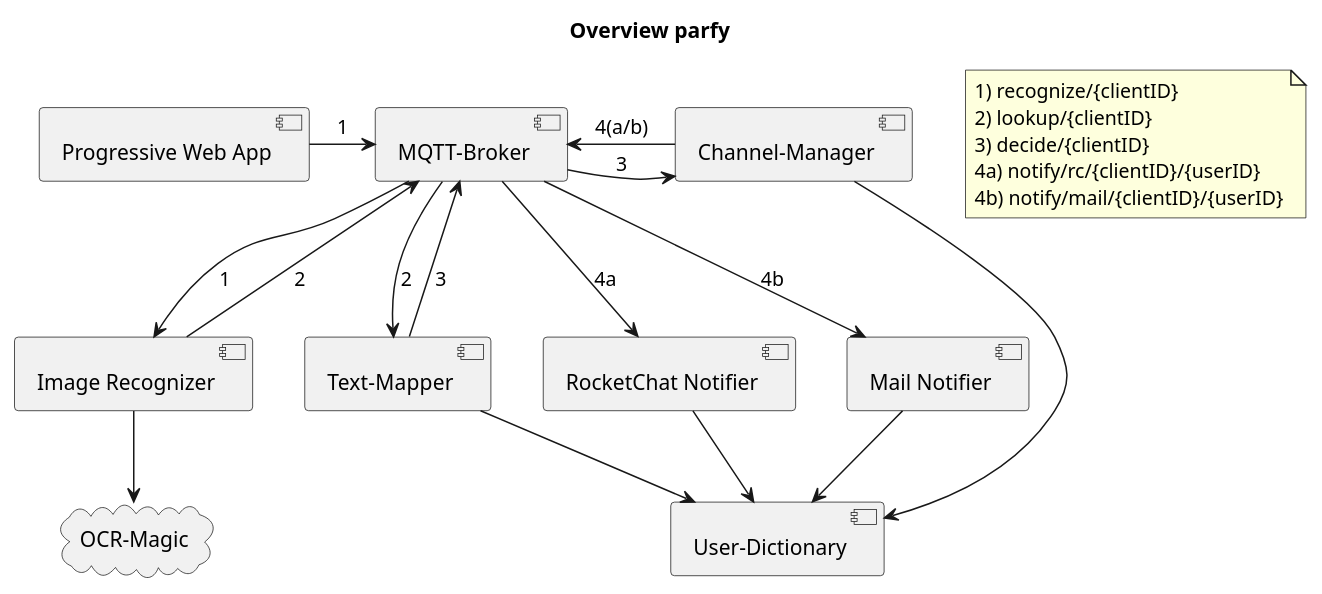
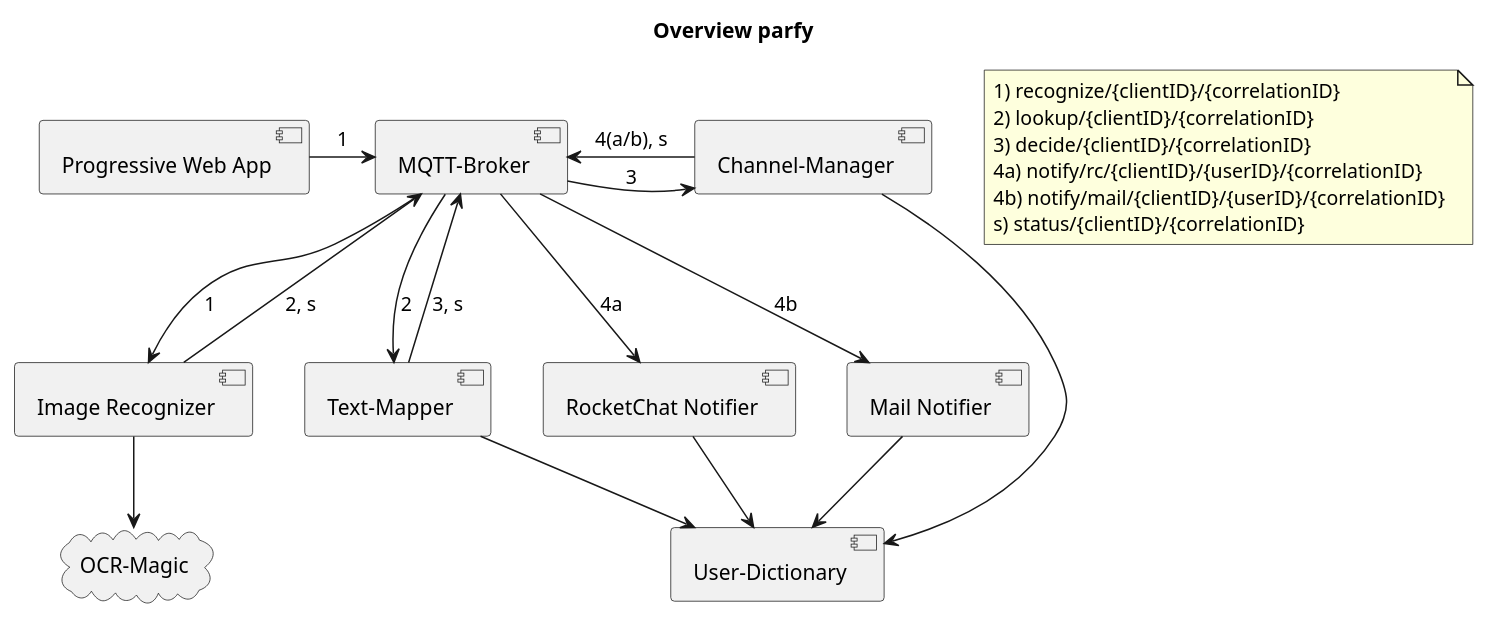
One commit to parfio/parfio changed the diagram in documentation/overview.puml. Above: the diagram before and after it, drawn with PlantUML. The commit also changed 1 other file, not shown here.

Commit message:
change documentation for status and correlationId update

```diff
--- a/documentation/overview.puml
+++ b/documentation/overview.puml
@@ -1,38 +1,39 @@
 @startuml
 
 Title Overview parfy
 
 cloud ocr as "OCR-Magic"
 [pwa] as "Progressive Web App"
 [image_recognizer] as "Image Recognizer"
 [mqtt_broker] as "MQTT-Broker"
 [text_mapper] as "Text-Mapper"
 [user_dictionary] as "User-Dictionary"
 [channel_manager] as "Channel-Manager"
 [rocket_chat_notifier] as "RocketChat Notifier"
 [mail_notifier] as "Mail Notifier"
 
 pwa -> mqtt_broker : 1
 mqtt_broker --> image_recognizer: 1
 image_recognizer --> ocr
-image_recognizer --> mqtt_broker : 2
+image_recognizer --> mqtt_broker : 2, s
 mqtt_broker --> text_mapper: 2
 text_mapper --> user_dictionary
-text_mapper --> mqtt_broker: 3
+text_mapper --> mqtt_broker: 3, s
 mqtt_broker -> channel_manager: 3
-channel_manager -> mqtt_broker: 4(a/b)
+channel_manager -> mqtt_broker: 4(a/b), s
 channel_manager -> user_dictionary
 mqtt_broker --> rocket_chat_notifier: 4a
 mqtt_broker --> mail_notifier: 4b
 
 rocket_chat_notifier --> user_dictionary
 mail_notifier --> user_dictionary
 
-note  "1) recognize/{clientID} \n\
-2) lookup/{clientID} \n\
-3) decide/{clientID} \n\
-4a) notify/rc/{clientID}/{userID} \n\
-4b) notify/mail/{clientID}/{userID}"  as n1
+note  "1) recognize/{clientID}/{correlationID} \n\
+2) lookup/{clientID}/{correlationID} \n\
+3) decide/{clientID}/{correlationID} \n\
+4a) notify/rc/{clientID}/{userID}/{correlationID} \n\
+4b) notify/mail/{clientID}/{userID}/{correlationID} \n\
+s) status/{clientID}/{correlationID}"  as n1
 
 
 @enduml
```
